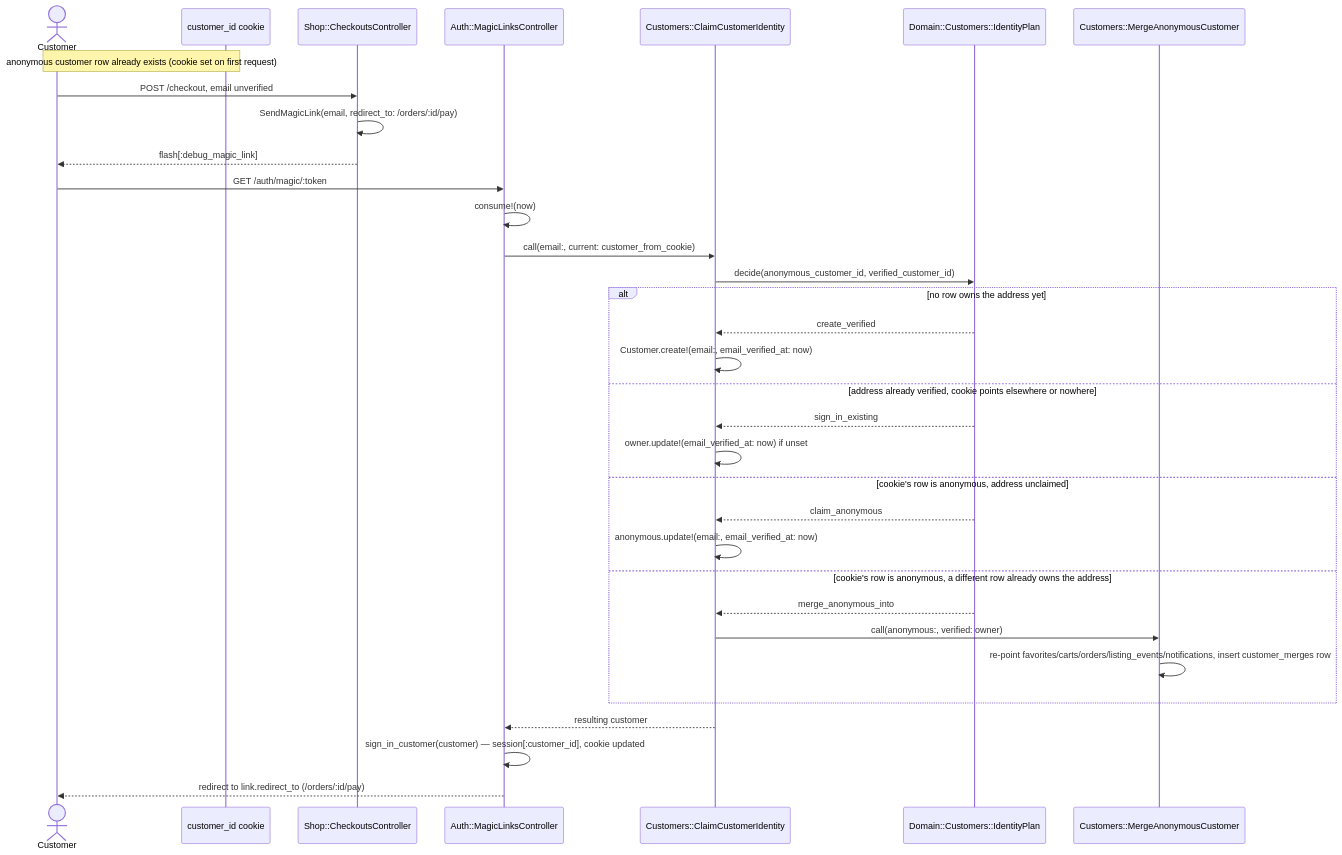
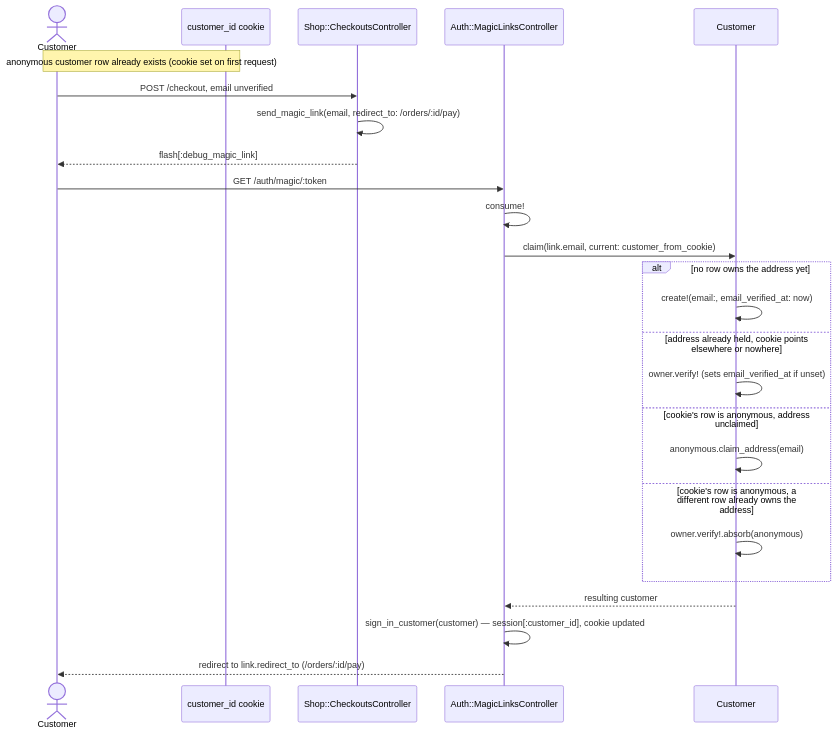
Before and after one commit to jonathan-beebe/art-store: the second of 3 diagrams in prototype/rails/docs/identity.md, drawn with Mermaid. The commit also changed other lines of this file and 51 other files, not shown here.

````diff
--- a/prototype/rails/docs/identity.md
+++ b/prototype/rails/docs/identity.md
@@ -47,37 +48,29 @@
 ```mermaid
 sequenceDiagram
     actor Customer
     participant Cookie as customer_id cookie
     participant Checkout as Shop::CheckoutsController
     participant Verify as Auth::MagicLinksController
-    participant Claim as Customers::ClaimCustomerIdentity
-    participant Plan as Domain::Customers::IdentityPlan
-    participant Merge as Customers::MergeAnonymousCustomer
+    participant Customers as Customer
 
     Note over Customer,Cookie: anonymous customer row already exists (cookie set on first request)
     Customer->>Checkout: POST /checkout, email unverified
-    Checkout->>Checkout: SendMagicLink(email, redirect_to: /orders/:id/pay)
+    Checkout->>Checkout: send_magic_link(email, redirect_to: /orders/:id/pay)
     Checkout-->>Customer: flash[:debug_magic_link]
 
     Customer->>Verify: GET /auth/magic/:token
-    Verify->>Verify: consume!(now)
-    Verify->>Claim: call(email:, current: customer_from_cookie)
-    Claim->>Plan: decide(anonymous_customer_id, verified_customer_id)
+    Verify->>Verify: consume!
+    Verify->>Customers: claim(link.email, current: customer_from_cookie)
     alt no row owns the address yet
-        Plan-->>Claim: create_verified
-        Claim->>Claim: Customer.create!(email:, email_verified_at: now)
-    else address already verified, cookie points elsewhere or nowhere
-        Plan-->>Claim: sign_in_existing
-        Claim->>Claim: owner.update!(email_verified_at: now) if unset
+        Customers->>Customers: create!(email:, email_verified_at: now)
+    else address already held, cookie points elsewhere or nowhere
+        Customers->>Customers: owner.verify! (sets email_verified_at if unset)
     else cookie's row is anonymous, address unclaimed
-        Plan-->>Claim: claim_anonymous
-        Claim->>Claim: anonymous.update!(email:, email_verified_at: now)
+        Customers->>Customers: anonymous.claim_address(email)
     else cookie's row is anonymous, a different row already owns the address
-        Plan-->>Claim: merge_anonymous_into
-        Claim->>Merge: call(anonymous:, verified: owner)
-        Merge->>Merge: re-point favorites/carts/orders/listing_events/notifications, insert customer_merges row
+        Customers->>Customers: owner.verify!.absorb(anonymous)
     end
-    Claim-->>Verify: resulting customer
+    Customers-->>Verify: resulting customer
     Verify->>Verify: sign_in_customer(customer) — session[:customer_id], cookie updated
     Verify-->>Customer: redirect to link.redirect_to (/orders/:id/pay)
 ```
````
